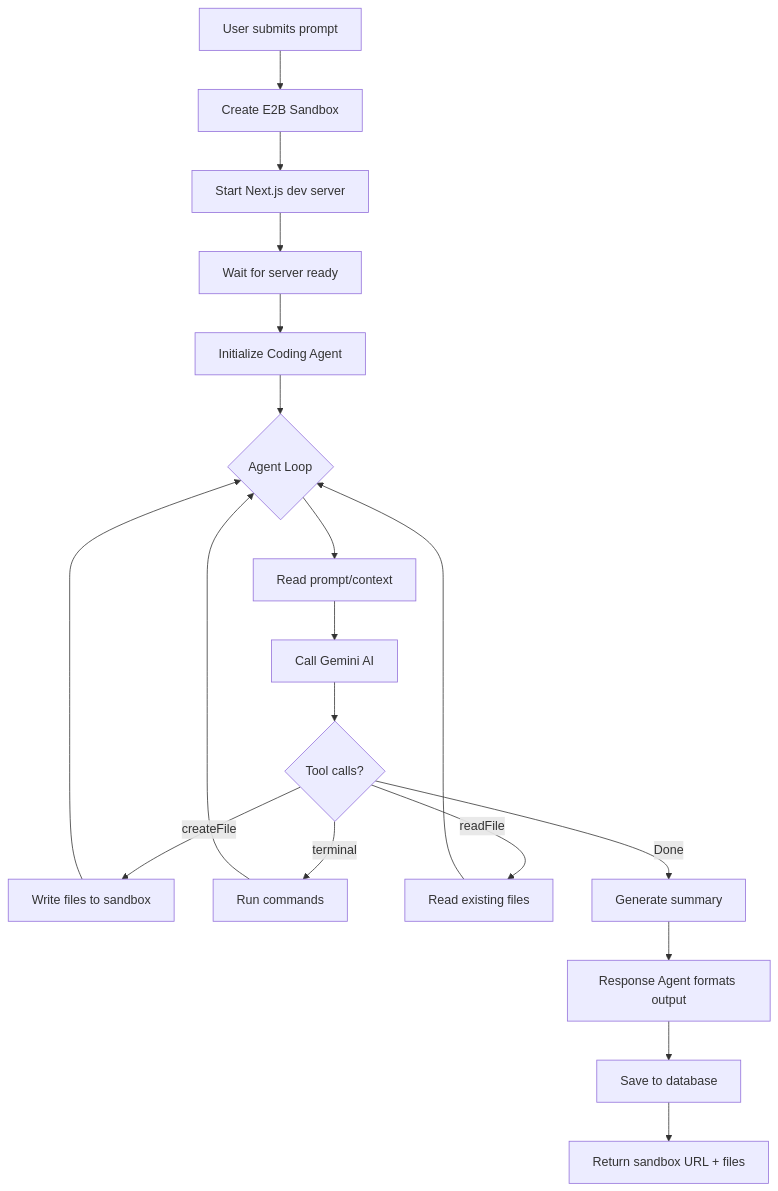
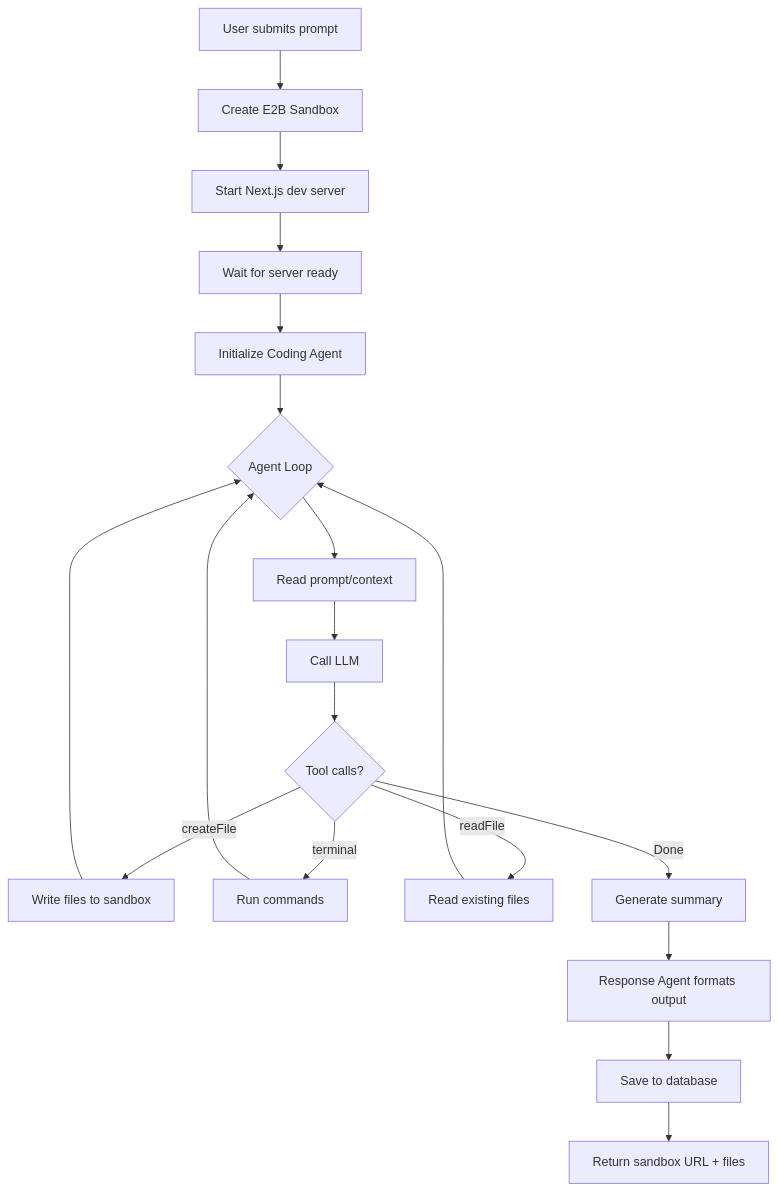
The third of 3 diagrams in README.md (SameerShaik786/v0-clone), drawn with Mermaid before and after one commit. The commit also changed other lines of this file, not shown here.

Commit message:
Update README with code highlighting and AI call changes

````diff
--- a/README.md
+++ b/README.md
@@ -151,25 +151,25 @@
 ```mermaid
 flowchart TD
     A[User submits prompt] --> B[Create E2B Sandbox]
     B --> C[Start Next.js dev server]
     C --> D[Wait for server ready]
     D --> E[Initialize Coding Agent]
     
     E --> F{Agent Loop}
     F --> G[Read prompt/context]
-    G --> H[Call Gemini AI]
+    G --> H[Call LLM]
     H --> I{Tool calls?}
     
     I -->|createFile| J[Write files to sandbox]
     I -->|terminal| K[Run commands]
     I -->|readFile| L[Read existing files]
     
     J --> F
     K --> F
     L --> F
     
     I -->|Done| M[Generate summary]
     M --> N[Response Agent formats output]
     N --> O[Save to database]
     O --> P[Return sandbox URL + files]
 ```
````
